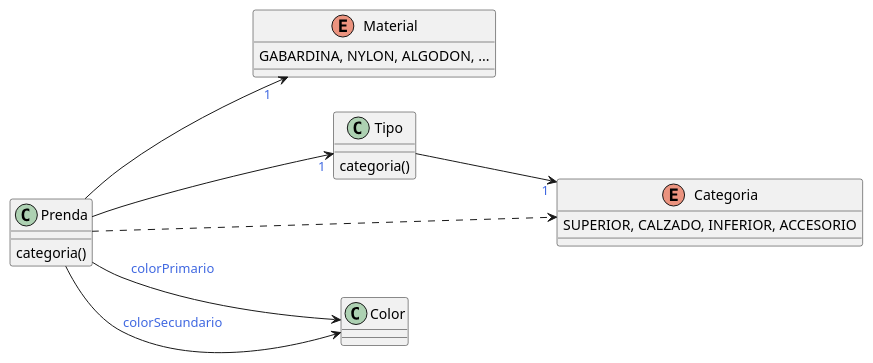
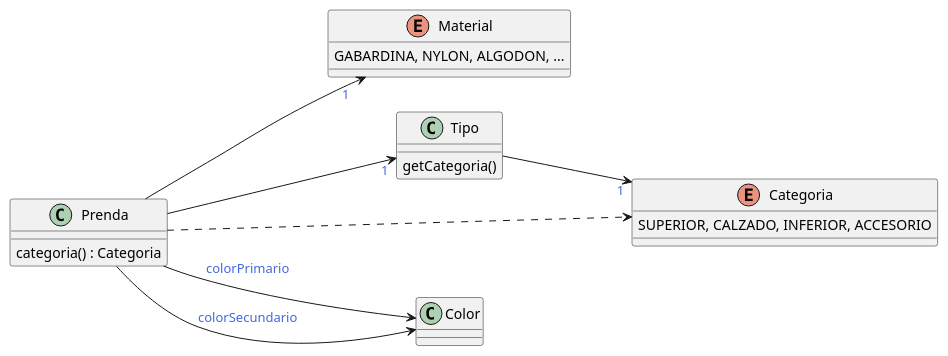
Before and after one commit to ariel-/tp-dds-qmp: the diagram in assets/qmp.puml, drawn with PlantUML. The commit also changed 1 other file, not shown here.

```diff
--- a/assets/qmp.puml
+++ b/assets/qmp.puml
@@ -1,25 +1,25 @@
 @startuml
 left to right direction
 skinparam backgroundColor transparent
 skinparam arrowFontColor royalblue
 
 class Prenda {
-    categoria()
+    categoria() : Categoria
 }
 enum Material {
     GABARDINA, NYLON, ALGODON, ...
 }
 class Tipo {
-    categoria()
+    getCategoria()
 }
 enum Categoria {
     SUPERIOR, CALZADO, INFERIOR, ACCESORIO
 }
 class Color
 Prenda --> Color : colorPrimario
 Prenda --> Color : colorSecundario
 Prenda --> "1" Material
 Prenda ..> Categoria
 Prenda --> "1" Tipo
 Tipo --> "1" Categoria
 @enduml
```
